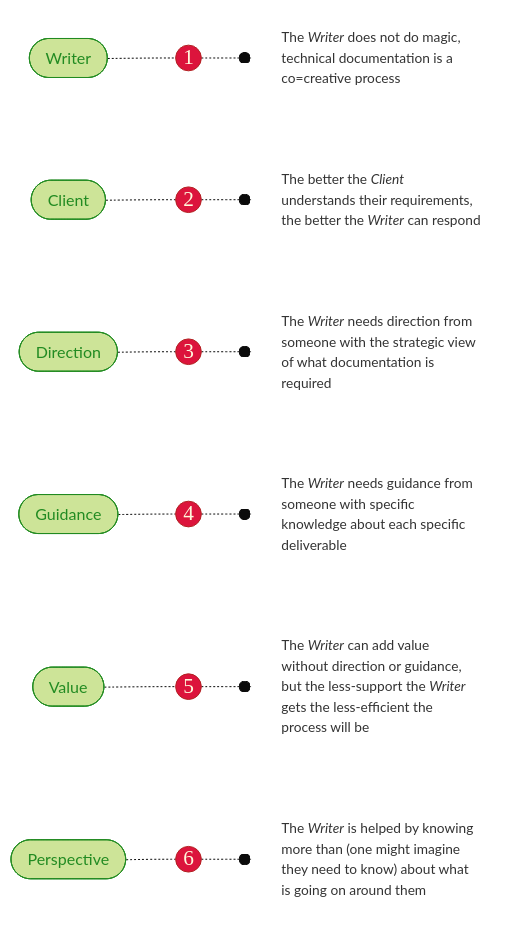
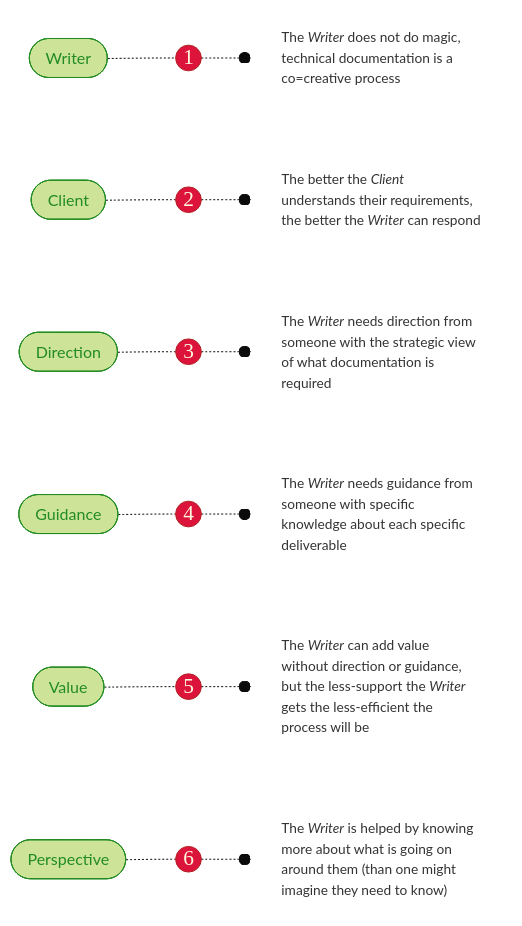
One commit to joe-dorward/samples changed the diagram in contract_v2.md. Above: the diagram before and after it, drawn with Mermaid (base theme).

````diff
--- a/contract_v2.md
+++ b/contract_v2.md
@@ -1,61 +1,61 @@
 ```mermaid
 flowchart LR
 
   %% define styles
   classDef User fill:#cde498, stroke:forestgreen, color:forestgreen;
   classDef Number fill:crimson, color:cornsilk, stroke:firebrick, font-family:verdana, font-size:16pt, padding:10px;
   classDef Button fill:green, color:white;
   classDef Note fill:transparent, stroke:white, text-align:left, font-size: 95%;
 
   classDef Backend fill:mediumseagreen, stroke:white, color:honeydew;
   classDef Entity fill:lightcyan, stroke:royalblue, color:royalblue;
   
   %% ---------- ---------- ---------- ---------- ---------- ---------- ---------- ---------- ---------- ----------
   1(("1")):::Number
   WRITER_01([&nbsp;Writer&nbsp;]):::User
   WRITER_01_NOTE["The <i>Writer</i> does not do magic, technical documentation is a co=creative process"]:::Note
 
   WRITER_01-.-
   1-.-o
   WRITER_01_NOTE
   %% ---------- ---------- ---------- ---------- ---------- ---------- ---------- ---------- ---------- ----------
   2(("2")):::Number
   CLIENT_01([&nbsp;Client&nbsp;]):::User
   CLIENT_01_NOTE["The better the <i>Client</i> understands their requirements, the better the <i>Writer</i> can respond"]:::Note
 
   CLIENT_01-.-
   2-.-o
   CLIENT_01_NOTE
   %% ---------- ---------- ---------- ---------- ---------- ---------- ---------- ---------- ---------- ----------
   3(("3")):::Number
   DIRECTION_01([&nbsp;Direction&nbsp;]):::User
   DIRECTION_01_NOTE["The <i>Writer</i> needs direction from someone with the strategic view of what documentation is required"]:::Note
 
   DIRECTION_01-.-
   3-.-o
   DIRECTION_01_NOTE
   %% ---------- ---------- ---------- ---------- ---------- ---------- ---------- ---------- ---------- ----------
   4(("4")):::Number
   GUIDANCE_01([&nbsp;Guidance&nbsp;]):::User
   GUIDANCE_01_NOTE["The <i>Writer</i> needs guidance from someone with specific knowledge about each specific deliverable"]:::Note
 
   GUIDANCE_01-.-
   4-.-o
   GUIDANCE_01_NOTE
   %% ---------- ---------- ---------- ---------- ---------- ---------- ---------- ---------- ---------- ----------
   5(("5")):::Number
   VALUE_01([&nbsp;Value&nbsp;]):::User
   VALUE_01_NOTE["The <i>Writer</i> can add value without direction or guidance, but the less-support the <i>Writer</i> gets the less-efficient the process will be"]:::Note
 
   VALUE_01-.-
   5-.-o
   VALUE_01_NOTE
   %% ---------- ---------- ---------- ---------- ---------- ---------- ---------- ---------- ---------- ----------
   6(("6")):::Number
   PERSPECTIVE_01([&nbsp;Perspective&nbsp;]):::User
-  PERSPECTIVE_01_NOTE["The <i>Writer</i> is helped by knowing more than (one might imagine they need to know) about what is going on around them"]:::Note
+  PERSPECTIVE_01_NOTE["The <i>Writer</i> is helped by knowing more about what is going on around them (than one might imagine they need to know)"]:::Note
 
   PERSPECTIVE_01-.-
   6-.-o
   PERSPECTIVE_01_NOTE
 ```
````
